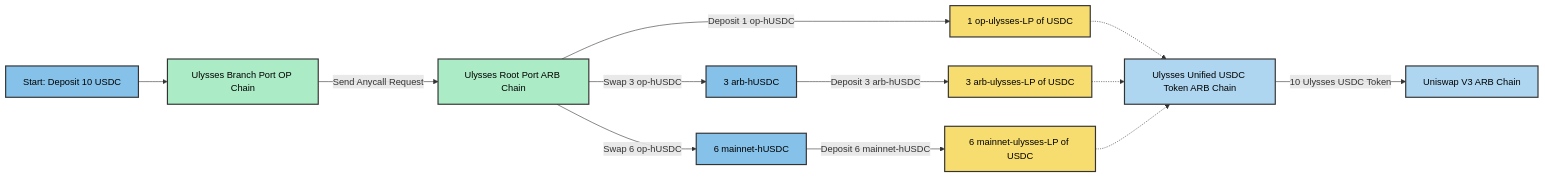
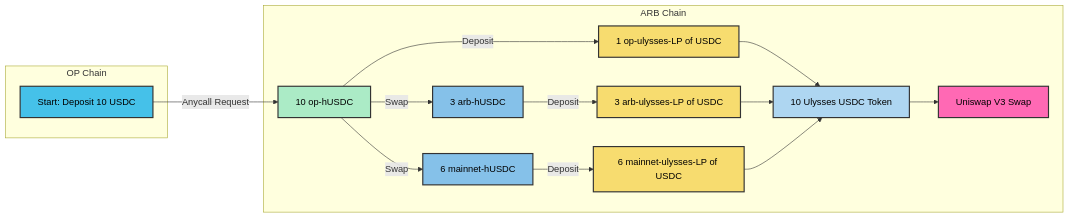
The second of 3 diagrams in versioned_docs/version-Ulysses/overview/unified-liquidity/02-ulysses-unified-tokens.md (Maia-DAO/ecosystem-docs), drawn with Mermaid before and after one commit. The commit also changed other lines of this file, not shown here.

Commit message:
Improve mermaid graph

````diff
--- a/versioned_docs/version-Ulysses/overview/unified-liquidity/02-ulysses-unified-tokens.md
+++ b/versioned_docs/version-Ulysses/overview/unified-liquidity/02-ulysses-unified-tokens.md
@@ -133,25 +138,29 @@
 ```mermaid
 graph LR
-	style A fill:#85C1E9,stroke:#333,stroke-width:2px,color:#000;
-    style B fill:#ABEBC6,stroke:#333,stroke-width:2px,color:#000;
+	style A fill:#45C1E9,stroke:#333,stroke-width:2px,color:#000;
     style C fill:#ABEBC6,stroke:#333,stroke-width:2px,color:#000;
     style E fill:#F7DC6F,stroke:#333,stroke-width:2px,color:#000;
     style G fill:#F7DC6F,stroke:#333,stroke-width:2px,color:#000;
     style I fill:#F7DC6F,stroke:#333,stroke-width:2px,color:#000;
     style F1 fill:#85C1E9,stroke:#333,stroke-width:2px,color:#000;
     style H1 fill:#85C1E9,stroke:#333,stroke-width:2px,color:#000;
     style J fill:#AED6F1,stroke:#333,stroke-width:2px,color:#000;
-    style L fill:#AED6F1,stroke:#333,stroke-width:2px,color:#000;
-    A[Start: Deposit 10 USDC]
-    A --> B[Ulysses Branch Port OP Chain]
-    B -->|Send Anycall Request| C[Ulysses Root Port ARB Chain]
-    C -->|Deposit 1 op-hUSDC| E[1 op-ulysses-LP of USDC]
-    F1[3 arb-hUSDC] -->|Deposit 3 arb-hUSDC| G[3 arb-ulysses-LP of USDC]
-    H1[6 mainnet-hUSDC] -->|Deposit 6 mainnet-hUSDC| I[6 mainnet-ulysses-LP of USDC]
-    C -->|Swap 3 op-hUSDC| F1
-    C -->|Swap 6 op-hUSDC| H1
-    E -.-> J[Ulysses Unified USDC Token ARB Chain]
-    G -.-> J
-    I -.-> J
-    J -->|10 Ulysses USDC Token| L[Uniswap V3 ARB Chain]
+    style L fill:#FF69B4,stroke:#333,stroke-width:2px,color:#000;
+
+    subgraph OP Chain
+        A[Start: Deposit 10 USDC]
+    end
+
+    subgraph ARB Chain
+        A -->|Anycall Request| C[10 op-hUSDC]
+        C -->|Deposit| E[1 op-ulysses-LP of USDC]
+        F1[3 arb-hUSDC] -->|Deposit| G[3 arb-ulysses-LP of USDC]
+        H1[6 mainnet-hUSDC] -->|Deposit| I[6 mainnet-ulysses-LP of USDC]
+        C -->|Swap| F1
+        C -->|Swap| H1
+        E --> J[10 Ulysses USDC Token]
+        G --> J
+        I --> J
+        J --> L[Uniswap V3 Swap]
+    end
 ```
````
